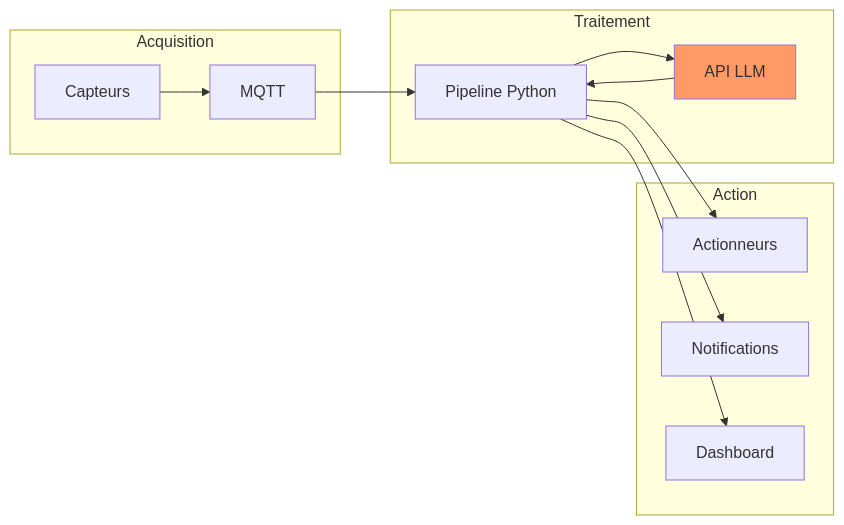
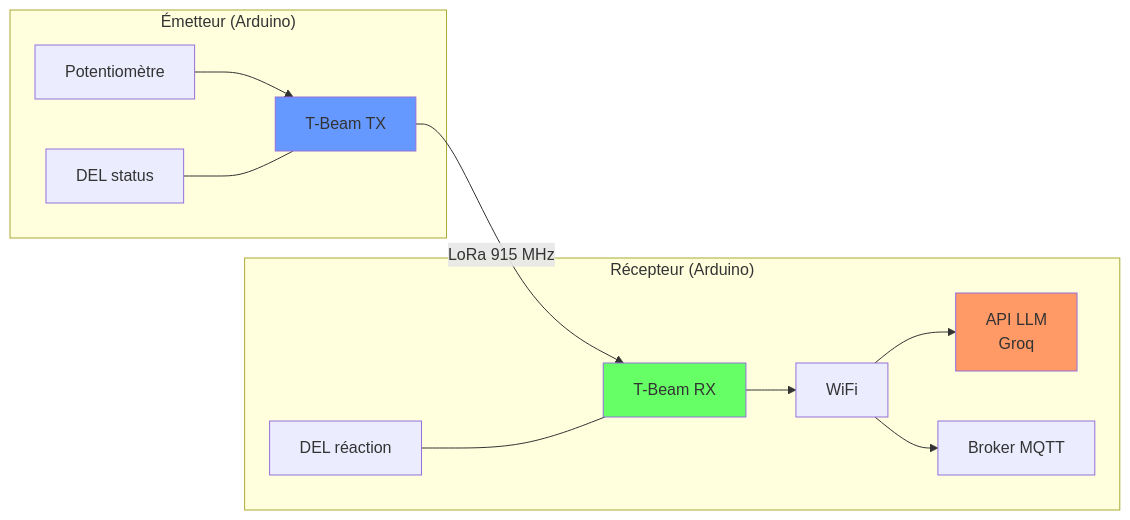
The diagram in theorie/Semaine-11/diaporama/slides.md (fpoisson2/243-4J5-LI), drawn with Mermaid before and after one commit. The commit also changed other lines of this file and 10 other files, not shown here.

````diff
--- a/theorie/Semaine-11/diaporama/slides.md
+++ b/theorie/Semaine-11/diaporama/slides.md
@@ -45,20 +75,20 @@
-```mermaid {scale: 0.45}
+```mermaid {scale: 0.6}
 graph LR
-    subgraph "Acquisition"
-        S[Capteurs] --> M[MQTT]
+    subgraph "Émetteur (Arduino)"
+        POT[Potentiomètre] --> TX[T-Beam TX]
+        LED1[DEL status] --- TX
     end
 
-    subgraph "Traitement"
-        M --> P[Pipeline Python]
-        P --> LLM[API LLM]
-        LLM --> P
+    TX -->|LoRa 915 MHz| RX
+
+    subgraph "Récepteur (Arduino)"
+        RX[T-Beam RX] --> WIFI[WiFi]
+        WIFI --> LLM[API LLM<br/>Groq]
+        WIFI --> MQTT[Broker MQTT]
+        LED2[DEL réaction] --- RX
     end
 
-    subgraph "Action"
-        P --> A[Actionneurs]
-        P --> N[Notifications]
-        P --> D[Dashboard]
-    end
-
+    style TX fill:#69f
+    style RX fill:#6f6
     style LLM fill:#f96
 ```
````
